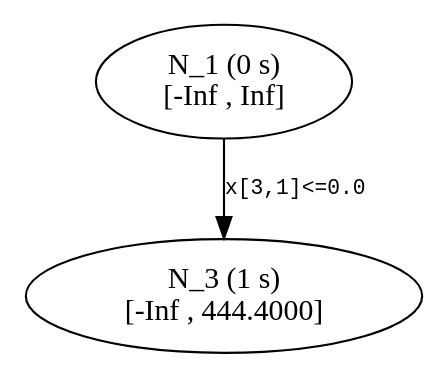
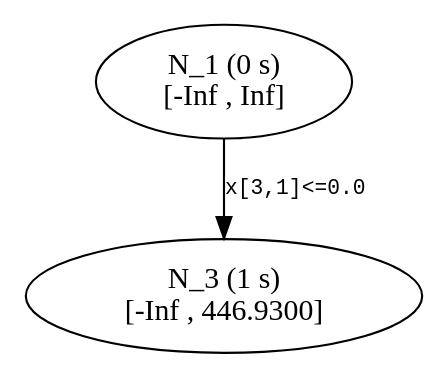
One commit to atoptima/Coluna.jl changed the diagram in previews/PR797/start/tree2.dot. Above: the diagram before and after it, drawn with Graphviz. The commit also changed 17 other files, not shown here.

```diff
--- a/previews/PR797/start/tree2.dot
+++ b/previews/PR797/start/tree2.dot
@@ -1,8 +1,8 @@
 ## dot -Tpdf thisfile > thisfile.pdf 
 
 digraph Branching_Tree {
 	edge[fontname = "Courier", fontsize = 10];
 	n1 [label= "N_1 (0 s) \n[-Inf , Inf]"];
-	n3 [label= "N_3 (1 s) \n[-Inf , 444.4000]"];
+	n3 [label= "N_3 (1 s) \n[-Inf , 446.9300]"];
 	n1 -> n3 [label= "x[3,1]<=0.0"];
 }
```
